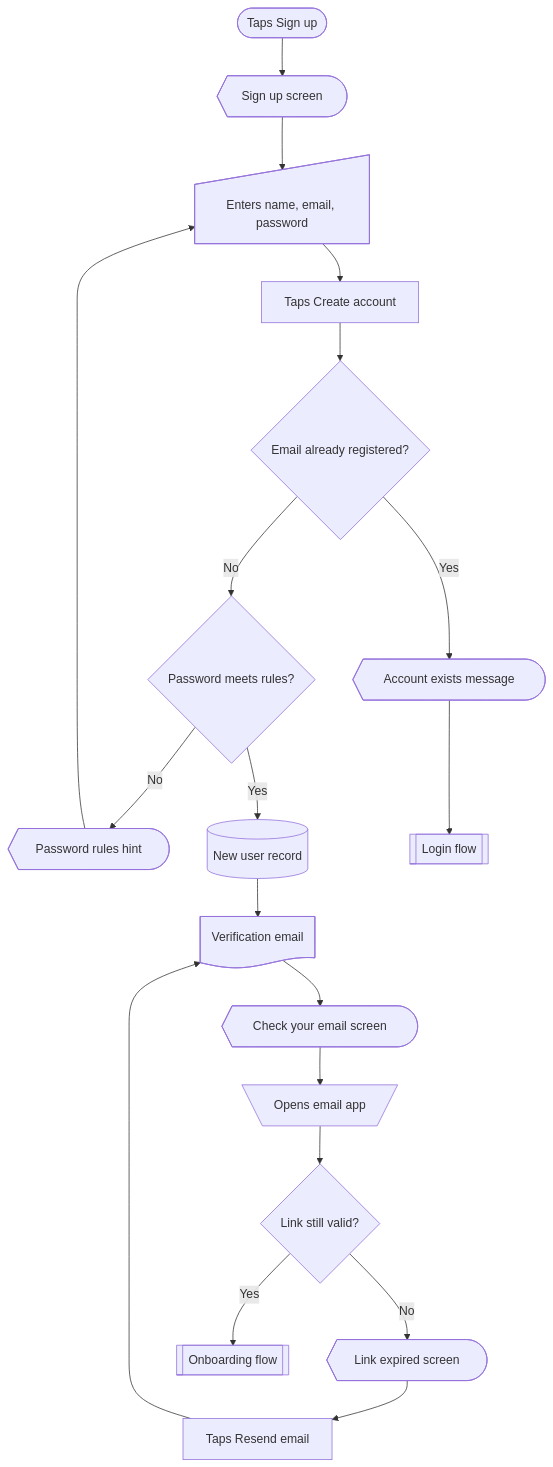
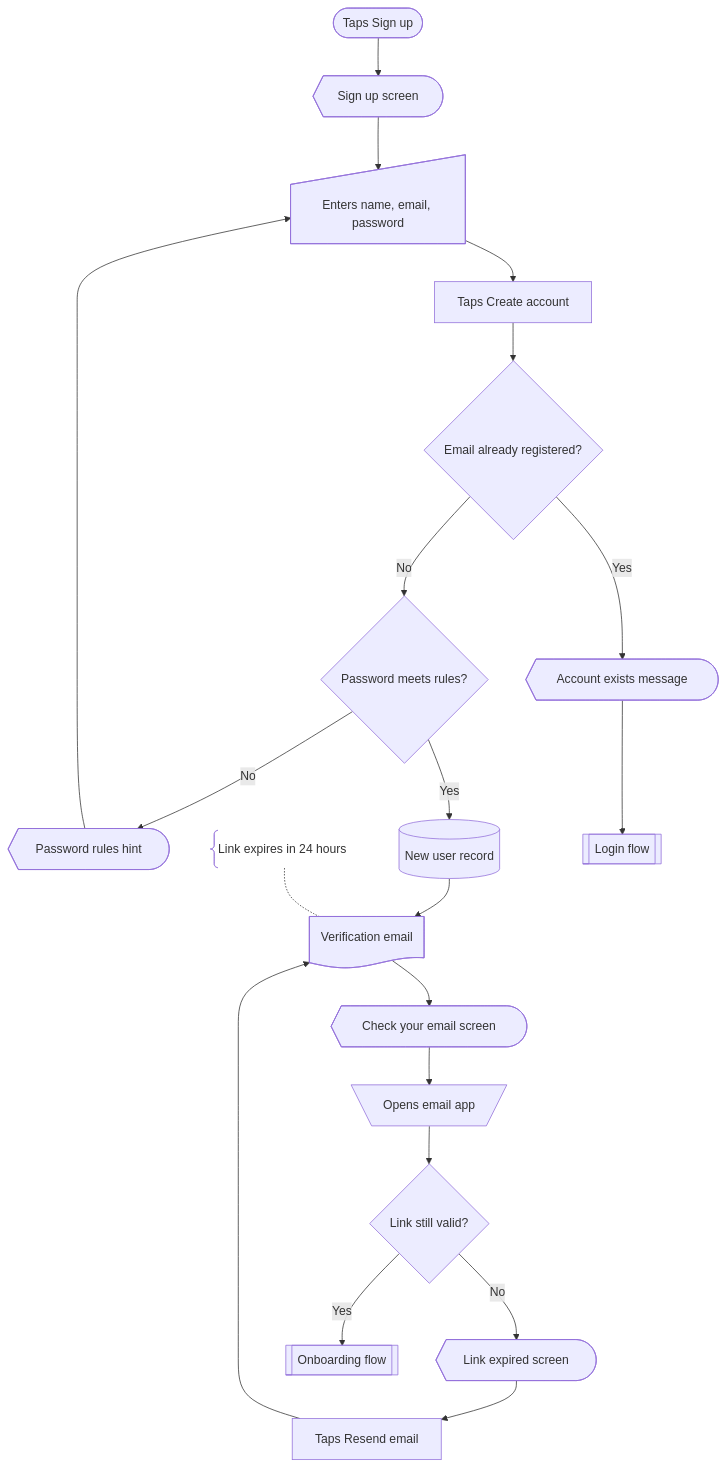
The first of 4 diagrams in references/diagrams.md (yoursharif/mermaid-userflow-diagram), drawn with Mermaid before and after one commit. The commit also changed other lines of this file and 1 other file, not shown here.

First line of the commit message:
Add notes where flows hide a rule or limit

````diff
--- a/references/diagrams.md
+++ b/references/diagrams.md
@@ -11,39 +11,41 @@
 ```mermaid
 flowchart TD
   startSignup@{ shape: stadium, label: "Taps Sign up" }
   scrSignup@{ shape: curv-trap, label: "Sign up screen" }
   inDetails@{ shape: sl-rect, label: "Enters name, email, password" }
   actCreate@{ shape: rect, label: "Taps Create account" }
   decRegistered@{ shape: diam, label: "Email already registered?" }
   scrExists@{ shape: curv-trap, label: "Account exists message" }
   decRules@{ shape: diam, label: "Password meets rules?" }
   scrRules@{ shape: curv-trap, label: "Password rules hint" }
   dbUser@{ shape: cyl, label: "New user record" }
   docVerify@{ shape: doc, label: "Verification email" }
+  noteExpiry@{ shape: brace, label: "Link expires in 24 hours" }
   scrCheck@{ shape: curv-trap, label: "Check your email screen" }
   manOpenEmail@{ shape: trap-t, label: "Opens email app" }
   decLink@{ shape: diam, label: "Link still valid?" }
   scrExpired@{ shape: curv-trap, label: "Link expired screen" }
   actResend@{ shape: rect, label: "Taps Resend email" }
   subLogin@{ shape: fr-rect, label: "Login flow" }
   subOnboarding@{ shape: fr-rect, label: "Onboarding flow" }
 
   startSignup --> scrSignup
   scrSignup --> inDetails
   inDetails --> actCreate
   actCreate --> decRegistered
   decRegistered -->|Yes| scrExists
   decRegistered -->|No| decRules
   scrExists --> subLogin
   decRules -->|No| scrRules
   decRules -->|Yes| dbUser
   scrRules --> inDetails
   dbUser --> docVerify
+  noteExpiry -.- docVerify
   docVerify --> scrCheck
   scrCheck --> manOpenEmail
   manOpenEmail --> decLink
   decLink -->|Yes| subOnboarding
   decLink -->|No| scrExpired
   scrExpired --> actResend
   actResend --> docVerify
 ```
````
